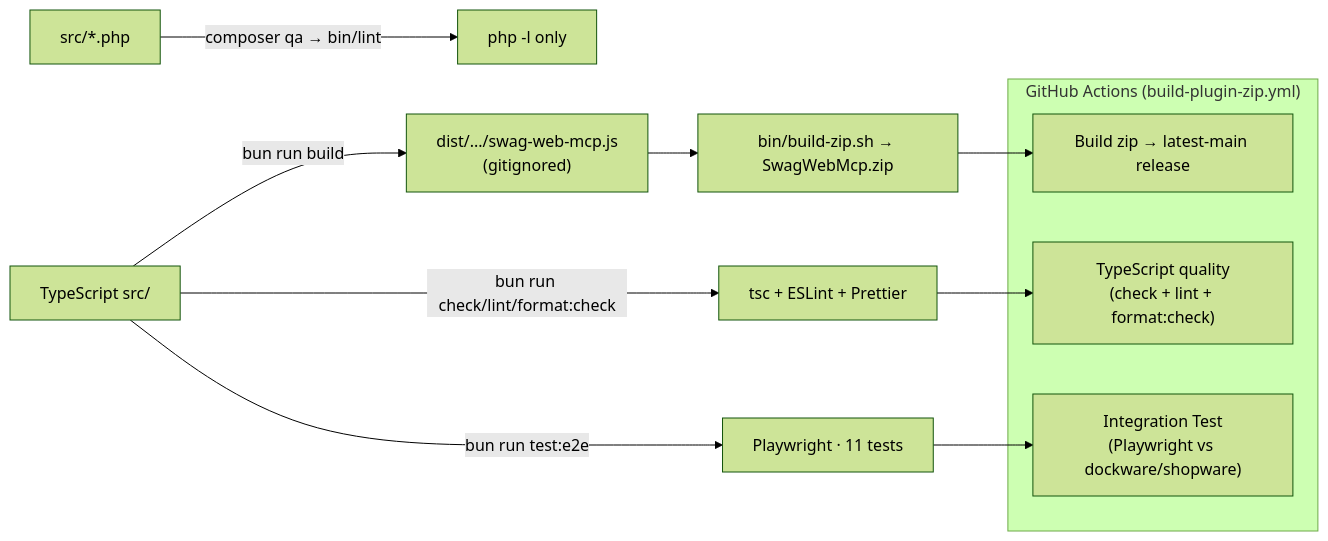
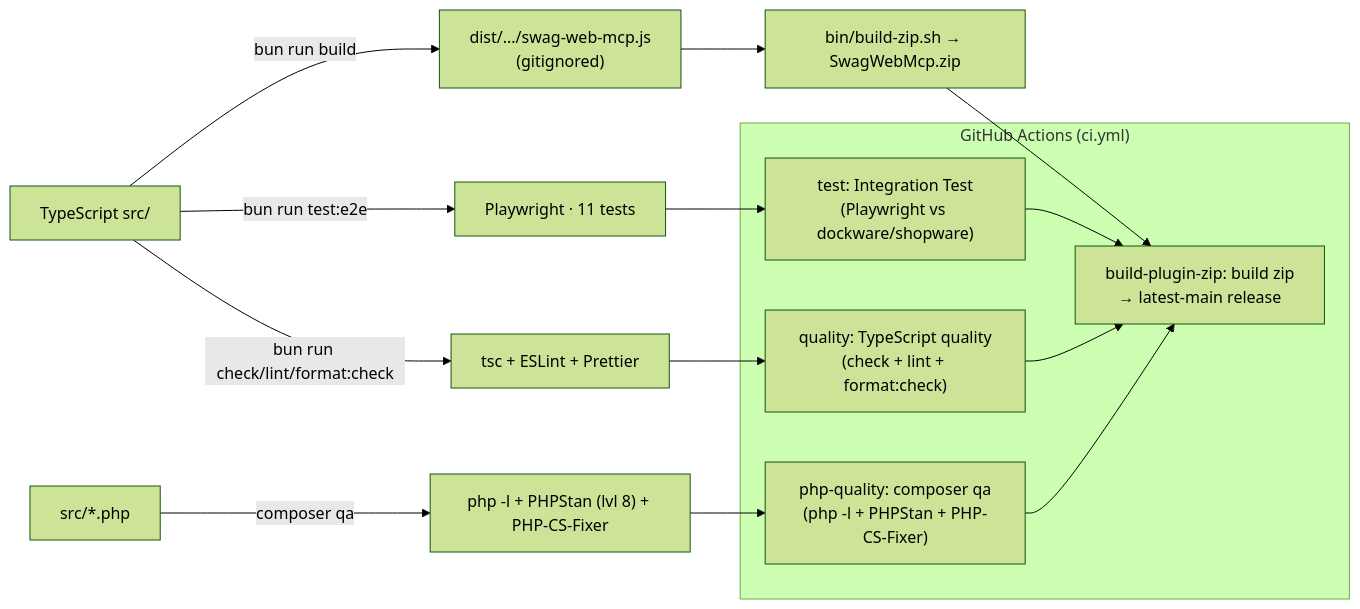
The fifth of 5 diagrams in docs/Architecture.md (agentic-commerce-lab/webmcp-plugin), drawn with Mermaid (forest theme) before and after one commit. The commit also changed other lines of this file and 12 other files, not shown here.

Commit message:
Add PHPStan + CS Fixer and fix findings

````diff
--- a/docs/Architecture.md
+++ b/docs/Architecture.md
@@ -261,16 +261,21 @@
 ```mermaid
 graph LR
     Src["TypeScript src/"] -->|bun run build| Dist["dist/.../swag-web-mcp.js<br/>(gitignored)"]
     Dist --> Zip["bin/build-zip.sh → SwagWebMcp.zip"]
     Src -->|bun run check/lint/format:check| TSQA["tsc + ESLint + Prettier"]
     Src -->|bun run test:e2e| E2E["Playwright · 11 tests"]
-    PHP["src/*.php"] -->|composer qa → bin/lint| Lint["php -l only"]
-    subgraph CI["GitHub Actions (build-plugin-zip.yml)"]
-        J1["Integration Test<br/>(Playwright vs dockware/shopware)"]
-        J2["TypeScript quality<br/>(check + lint + format:check)"]
-        J3["Build zip → latest-main release"]
+    PHP["src/*.php"] -->|composer qa| Lint["php -l + PHPStan (lvl 8) + PHP-CS-Fixer"]
+    subgraph CI["GitHub Actions (ci.yml)"]
+        J1["test: Integration Test<br/>(Playwright vs dockware/shopware)"]
+        J2["quality: TypeScript quality<br/>(check + lint + format:check)"]
+        J3["php-quality: composer qa<br/>(php -l + PHPStan + PHP-CS-Fixer)"]
+        J4["build-plugin-zip: build zip<br/>→ latest-main release"]
     end
     E2E --> J1
     TSQA --> J2
-    Zip --> J3
+    Lint --> J3
+    Zip --> J4
+    J1 --> J4
+    J2 --> J4
+    J3 --> J4
 ```
````
